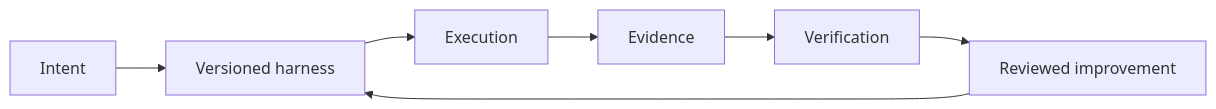
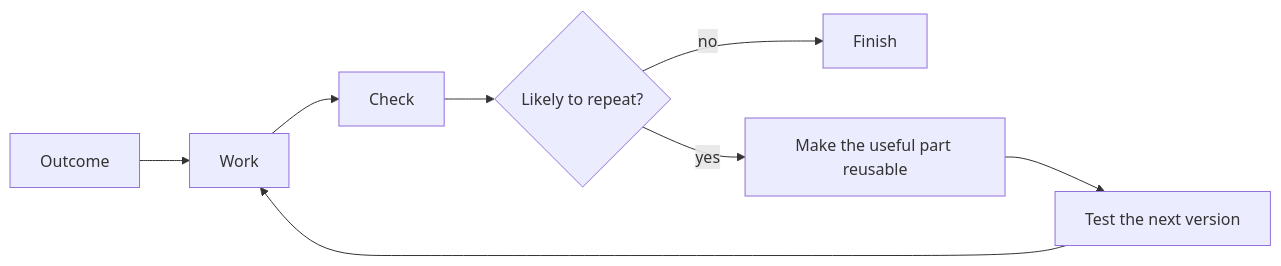
One commit to jremick/codexmaxxing changed the diagram in examples/README.md. Above: the diagram before and after it, drawn with Mermaid. The commit also changed other lines of this file and 38 other files, not shown here.

````diff
--- a/examples/README.md
+++ b/examples/README.md
@@ -217,9 +197,10 @@
 ```mermaid
 flowchart LR
-  A["Intent"] --> B["Versioned harness"]
-  B --> C["Execution"]
-  C --> D["Evidence"]
-  D --> E["Verification"]
-  E --> F["Reviewed improvement"]
-  F --> B
+  A["Outcome"] --> B["Work"]
+  B --> C["Check"]
+  C --> D{"Likely to repeat?"}
+  D -->|no| E["Finish"]
+  D -->|yes| F["Make the useful part reusable"]
+  F --> G["Test the next version"]
+  G --> B
 ```
````
